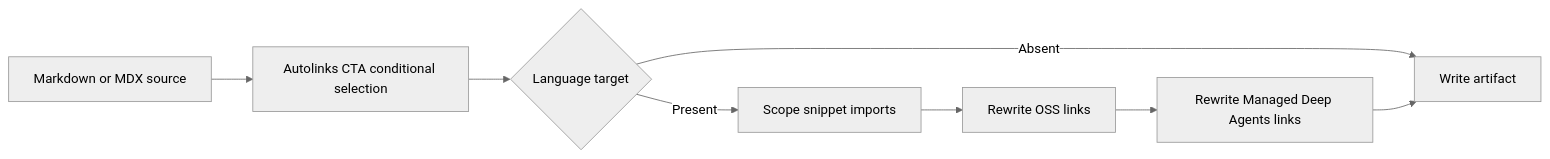
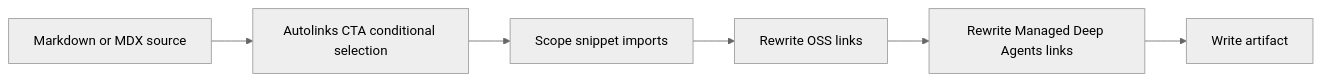
Before and after one commit to langchain-ai/docs: the second of 2 diagrams in openwiki/concepts/versioning.md, drawn with Mermaid (neutral theme). The commit also changed other lines of this file and 15 other files, not shown here.

````diff
--- a/openwiki/concepts/versioning.md
+++ b/openwiki/concepts/versioning.md
@@ -81,10 +86,8 @@
 ```mermaid
 flowchart LR
     Input["Markdown or MDX source"] --> Preprocess["Autolinks CTA conditional selection"]
-    Preprocess --> Target{"Language target"}
-    Target -->|"Present"| Imports["Scope snippet imports"]
-    Target -->|"Absent"| Write["Write artifact"]
+    Preprocess --> Imports["Scope snippet imports"]
     Imports --> OssLinks["Rewrite OSS links"]
     OssLinks --> ManagedLinks["Rewrite Managed Deep Agents links"]
-    ManagedLinks --> Write
+    ManagedLinks --> Write["Write artifact"]
 ```
````
